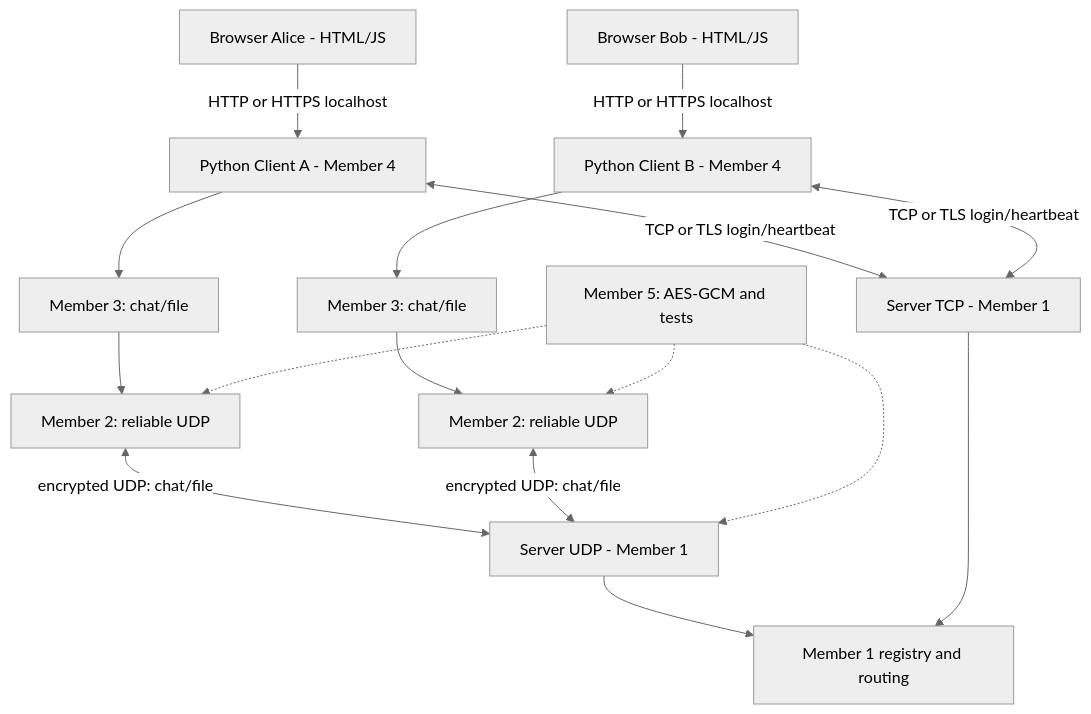
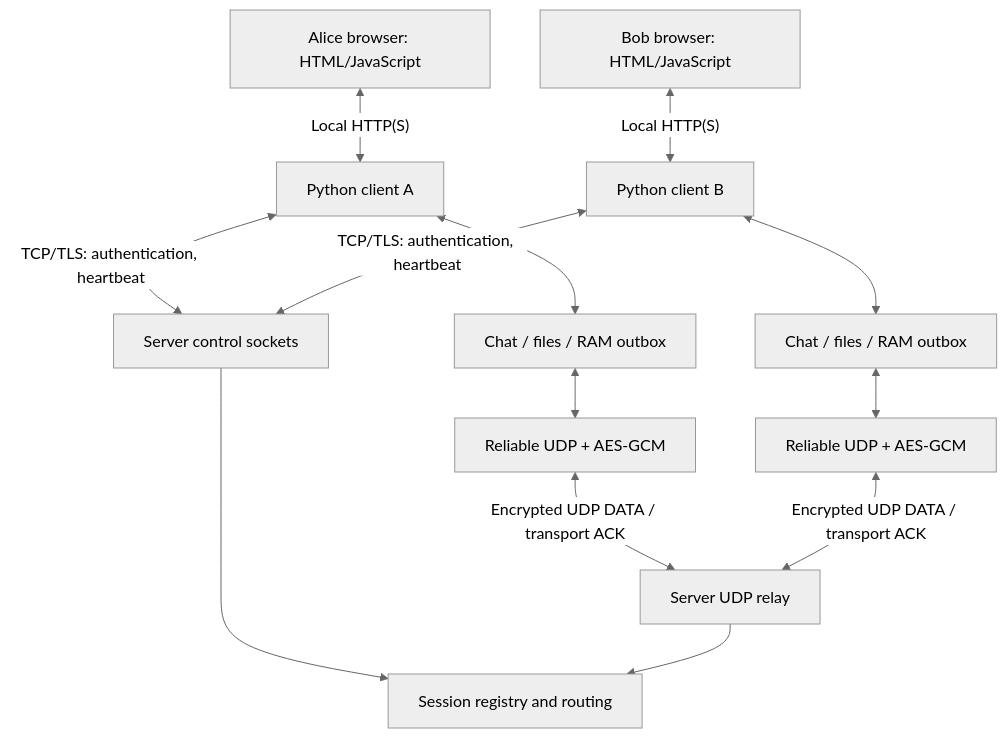
Before and after one commit to Qtryn/Computer_Network_ASS1: the diagram in docs/architecture.md, drawn with Mermaid (neutral theme). The commit also changed other lines of this file and 184 other files, not shown here.

````diff
--- a/docs/architecture.md
+++ b/docs/architecture.md
@@ -3,18 +7,15 @@
 ```mermaid
 flowchart TB
-    BrowserA[Browser Alice - HTML/JS] -->|HTTP or HTTPS localhost| ClientA[Python Client A - Member 4]
-    BrowserB[Browser Bob - HTML/JS] -->|HTTP or HTTPS localhost| ClientB[Python Client B - Member 4]
-    ClientA --> ChatFileA[Member 3: chat/file]
-    ClientB --> ChatFileB[Member 3: chat/file]
-    ChatFileA --> UDP_A[Member 2: reliable UDP]
-    ChatFileB --> UDP_B[Member 2: reliable UDP]
-    UDP_A <-->|encrypted UDP: chat/file| ServerUDP[Server UDP - Member 1]
-    UDP_B <-->|encrypted UDP: chat/file| ServerUDP
-    ClientA <-->|TCP or TLS login/heartbeat| ServerTCP[Server TCP - Member 1]
-    ClientB <-->|TCP or TLS login/heartbeat| ServerTCP
-    ServerUDP --> Registry[Member 1 registry and routing]
-    ServerTCP --> Registry
-    Security[Member 5: AES-GCM and tests] -.-> UDP_A
-    Security -.-> UDP_B
-    Security -.-> ServerUDP
+    BrowserA["Alice browser: HTML/JavaScript"] <-->|"Local HTTP(S)"| ClientA[Python client A]
+    BrowserB["Bob browser: HTML/JavaScript"] <-->|"Local HTTP(S)"| ClientB[Python client B]
+    ClientA <-->|"TCP/TLS: authentication, heartbeat"| Control[Server control sockets]
+    ClientB <-->|"TCP/TLS: authentication, heartbeat"| Control
+    ClientA <--> FeaturesA[Chat / files / RAM outbox]
+    ClientB <--> FeaturesB[Chat / files / RAM outbox]
+    FeaturesA <--> TransportA[Reliable UDP + AES-GCM]
+    FeaturesB <--> TransportB[Reliable UDP + AES-GCM]
+    TransportA <-->|"Encrypted UDP DATA / transport ACK"| Relay[Server UDP relay]
+    TransportB <-->|"Encrypted UDP DATA / transport ACK"| Relay
+    Control --> Registry[Session registry and routing]
+    Relay --> Registry
 ```
````
